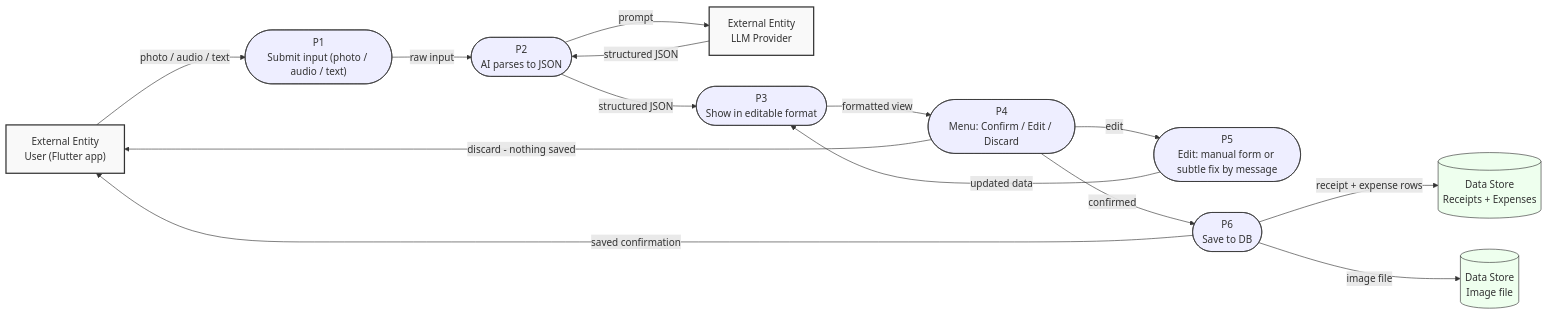
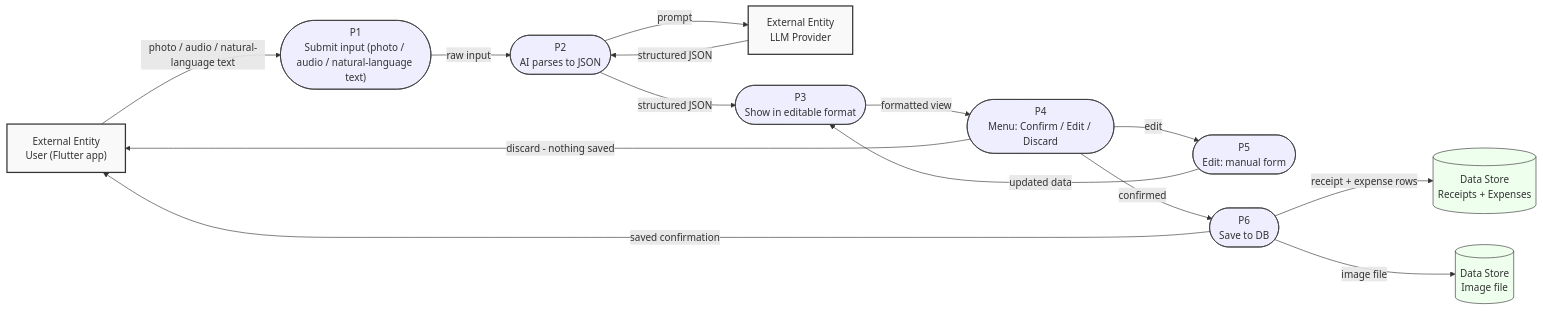
Before and after one commit to NullCorvus/finance-ai: the third of 4 diagrams in docs/ARCHITECTURE.md, drawn with Mermaid. The commit also changed other lines of this file and 12 other files, not shown here.

Commit message:
docs: refine backlog stories and mockup flows

````diff
--- a/docs/ARCHITECTURE.md
+++ b/docs/ARCHITECTURE.md
@@ -111,31 +111,31 @@
 ```mermaid
 flowchart LR
     User["External Entity<br/>User (Flutter app)"]:::entity
     LLM["External Entity<br/>LLM Provider"]:::entity
-    P1(["P1<br/>Submit input (photo / audio / text)"]):::process
+    P1(["P1<br/>Submit input (photo / audio / natural-language text)"]):::process
     P2(["P2<br/>AI parses to JSON"]):::process
     P3(["P3<br/>Show in editable format"]):::process
     P4(["P4<br/>Menu: Confirm / Edit / Discard"]):::process
-    P5(["P5<br/>Edit: manual form or subtle fix by message"]):::process
+    P5(["P5<br/>Edit: manual form"]):::process
     P6(["P6<br/>Save to DB"]):::process
     D1[("Data Store<br/>Receipts + Expenses")]:::store
     D2[("Data Store<br/>Image file")]:::store
 
-    User -->|"photo / audio / text"| P1
+    User -->|"photo / audio / natural-language text"| P1
     P1 -->|"raw input"| P2
     P2 -->|"prompt"| LLM
     LLM -->|"structured JSON"| P2
     P2 -->|"structured JSON"| P3
     P3 -->|"formatted view"| P4
     P4 -->|"edit"| P5
     P5 -->|"updated data"| P3
     P4 -->|"discard - nothing saved"| User
     P4 -->|"confirmed"| P6
     P6 -->|"receipt + expense rows"| D1
     P6 -->|"image file"| D2
     P6 -->|"saved confirmation"| User
 
     classDef entity fill:#f9f9f9,stroke:#333,stroke-width:2px;
     classDef process fill:#eef,stroke:#333;
     classDef store fill:#efe,stroke:#333;
 ```
````
